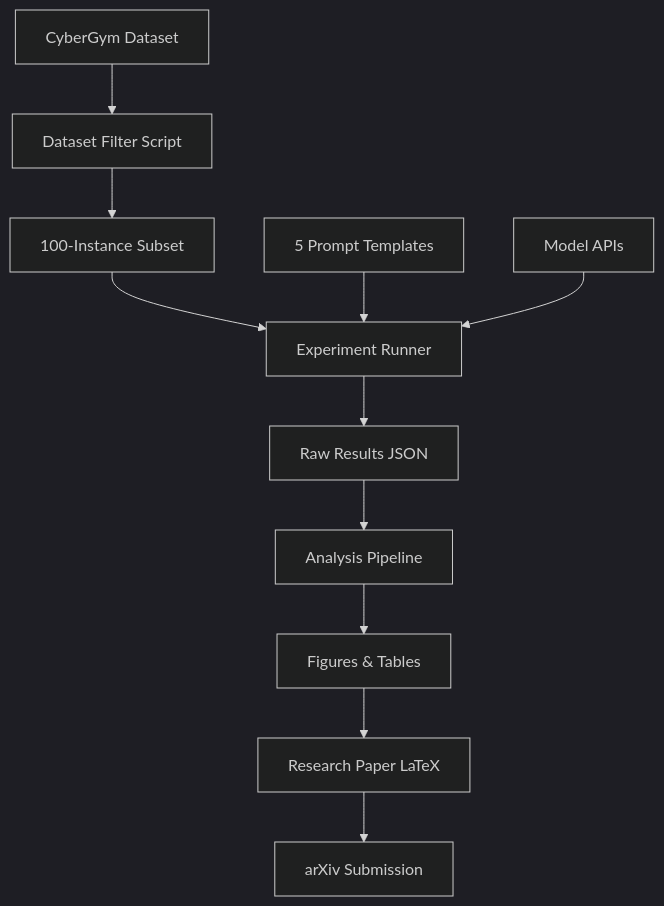
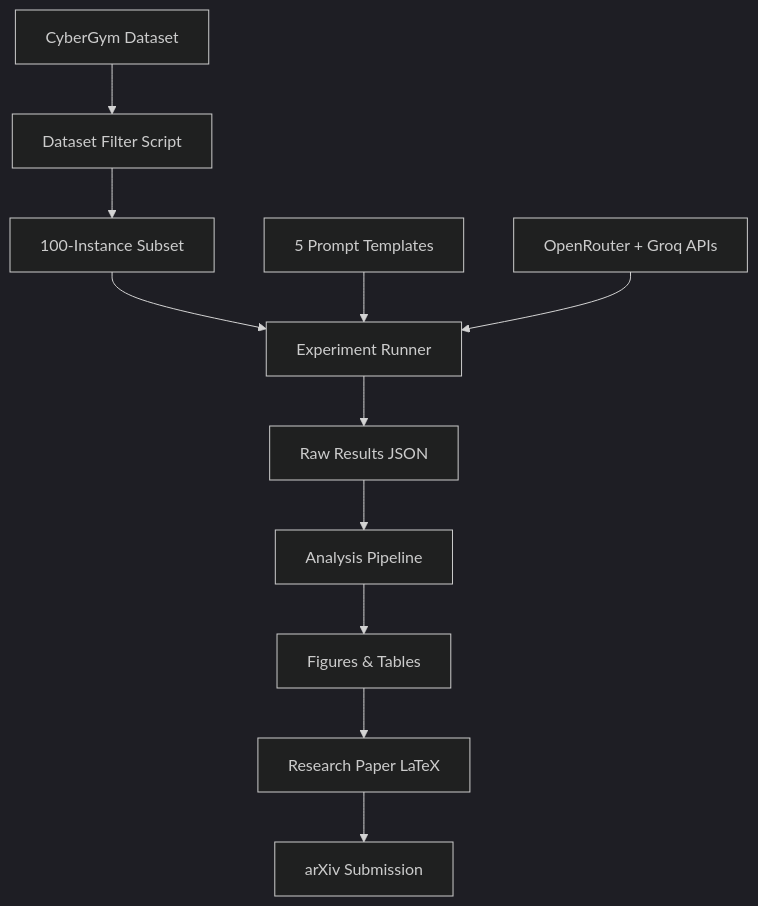
The diagram in docs/IMPLEMENTATION_PLAN.md (Mish-atul/Prompting-Strategy), drawn with Mermaid (dark theme) before and after one commit. The commit also changed other lines of this file and 15 other files, not shown here.

````diff
--- a/docs/IMPLEMENTATION_PLAN.md
+++ b/docs/IMPLEMENTATION_PLAN.md
@@ -165,13 +172,13 @@
 ```mermaid
 graph TD
     A[CyberGym Dataset] --> B[Dataset Filter Script]
     B --> C[100-Instance Subset]
     C --> D[Experiment Runner]
     E[5 Prompt Templates] --> D
-    F[Model APIs] --> D
+    F[OpenRouter + Groq APIs] --> D
     D --> G[Raw Results JSON]
     G --> H[Analysis Pipeline]
     H --> I[Figures & Tables]
     I --> J[Research Paper LaTeX]
     J --> K[arXiv Submission]
 ```
````
